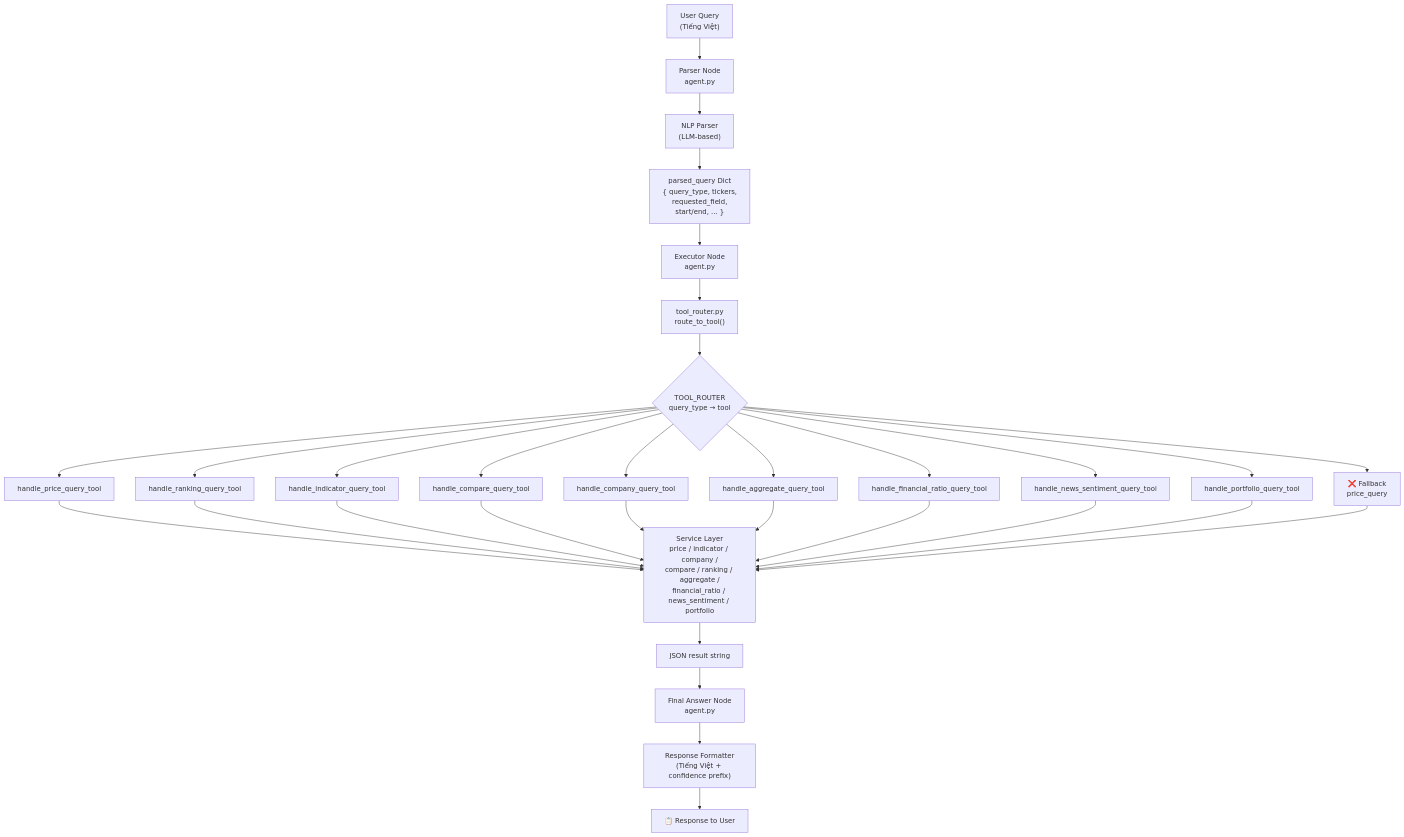
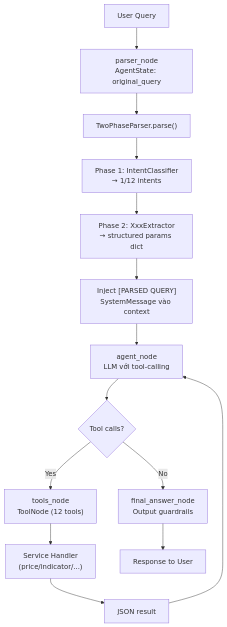
The diagram in README.md (minhtb105/financial_insight_agent), drawn with Mermaid before and after one commit. The commit also changed other lines of this file and 16 other files, not shown here.

Commit message:
update README.md with new folder architecture and workflow

````diff
--- a/README.md
+++ b/README.md
@@ -199,24 +137,16 @@
 ```mermaid
 flowchart TD
-    A["User Query<br>(Tiếng Việt)"] --> B["Parser Node<br>agent.py"]
-    B --> C["NLP Parser<br>(LLM-based)"]
-    C --> D["parsed_query Dict<br>{ query_type, tickers,<br>requested_field,<br>start/end, ... }"]
-    D --> E["Executor Node<br>agent.py"]
-    E --> F["tool_router.py<br>route_to_tool()"]
-    F --> G{"TOOL_ROUTER<br>query_type → tool"}
-    G --> H["handle_price_query_tool"]
-    G --> I["handle_ranking_query_tool"]
-    G --> J["handle_indicator_query_tool"]
-    G --> K["handle_compare_query_tool"]
-    G --> L["handle_company_query_tool"]
-    G --> M["handle_aggregate_query_tool"]
-    G --> N["handle_financial_ratio_query_tool"]
-    G --> O["handle_news_sentiment_query_tool"]
-    G --> P["handle_portfolio_query_tool"]
-    G --> Q["❌ Fallback<br>price_query"]
-    H & I & J & K & L & M & N & O & P & Q --> R["Service Layer<br>price / indicator / company /<br>compare / ranking / aggregate /<br>financial_ratio / news_sentiment / portfolio"]
-    R --> S["JSON result string"]
-    S --> T["Final Answer Node<br>agent.py"]
-    T --> U["Response Formatter<br>(Tiếng Việt + confidence prefix)"]
-    U --> V["📋 Response to User"]
+    A["User Query"] --> B["parser_node<br>AgentState: original_query"]
+    B --> C["TwoPhaseParser.parse()"]
+    C --> D["Phase 1: IntentClassifier<br>→ 1/12 intents"]
+    D --> E["Phase 2: XxxExtractor<br>→ structured params dict"]
+    E --> F["Inject [PARSED QUERY]<br>SystemMessage vào context"]
+    F --> G["agent_node<br>LLM với tool-calling"]
+    G --> H{"Tool calls?"}
+    H -->|"Yes"| I["tools_node<br>ToolNode (12 tools)"]
+    I --> J["Service Handler<br>(price/indicator/...)"]
+    J --> K["JSON result"]
+    K --> G
+    H -->|"No"| L["final_answer_node<br>Output guardrails"]
+    L --> M["Response to User"]
 ```
````
